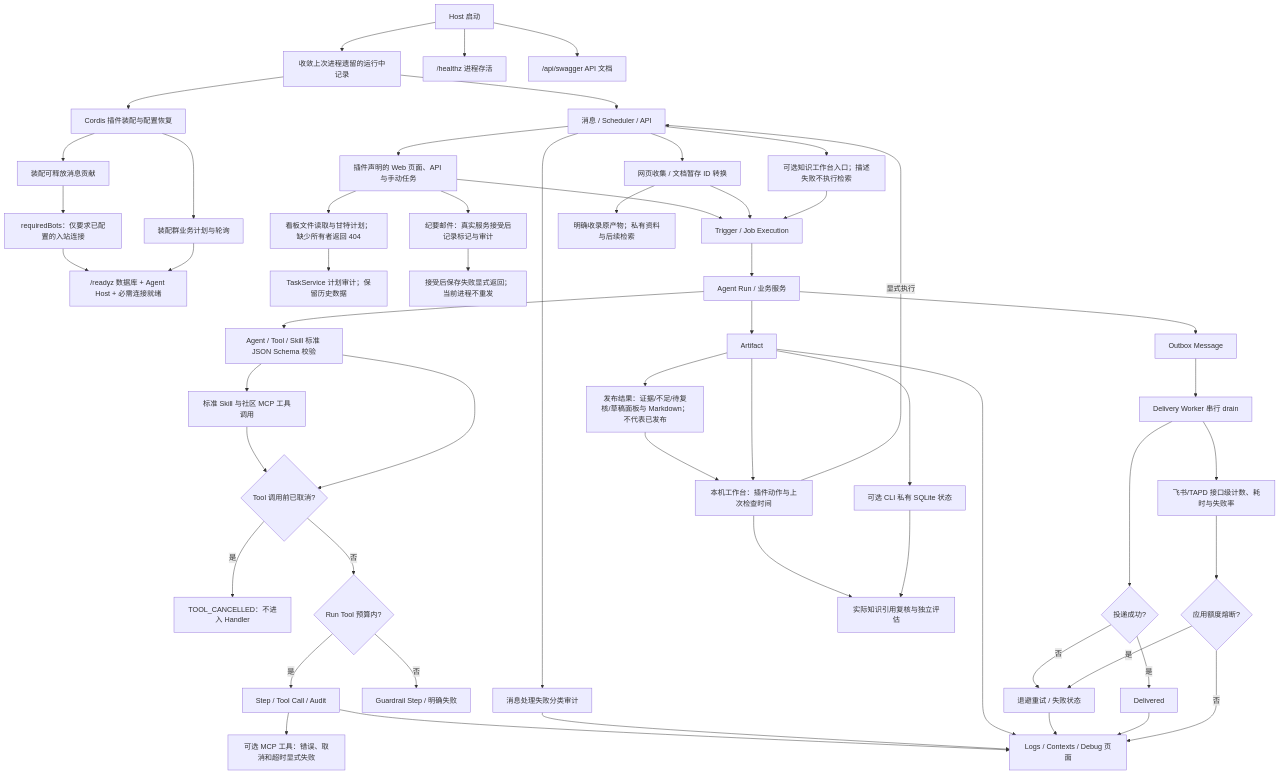
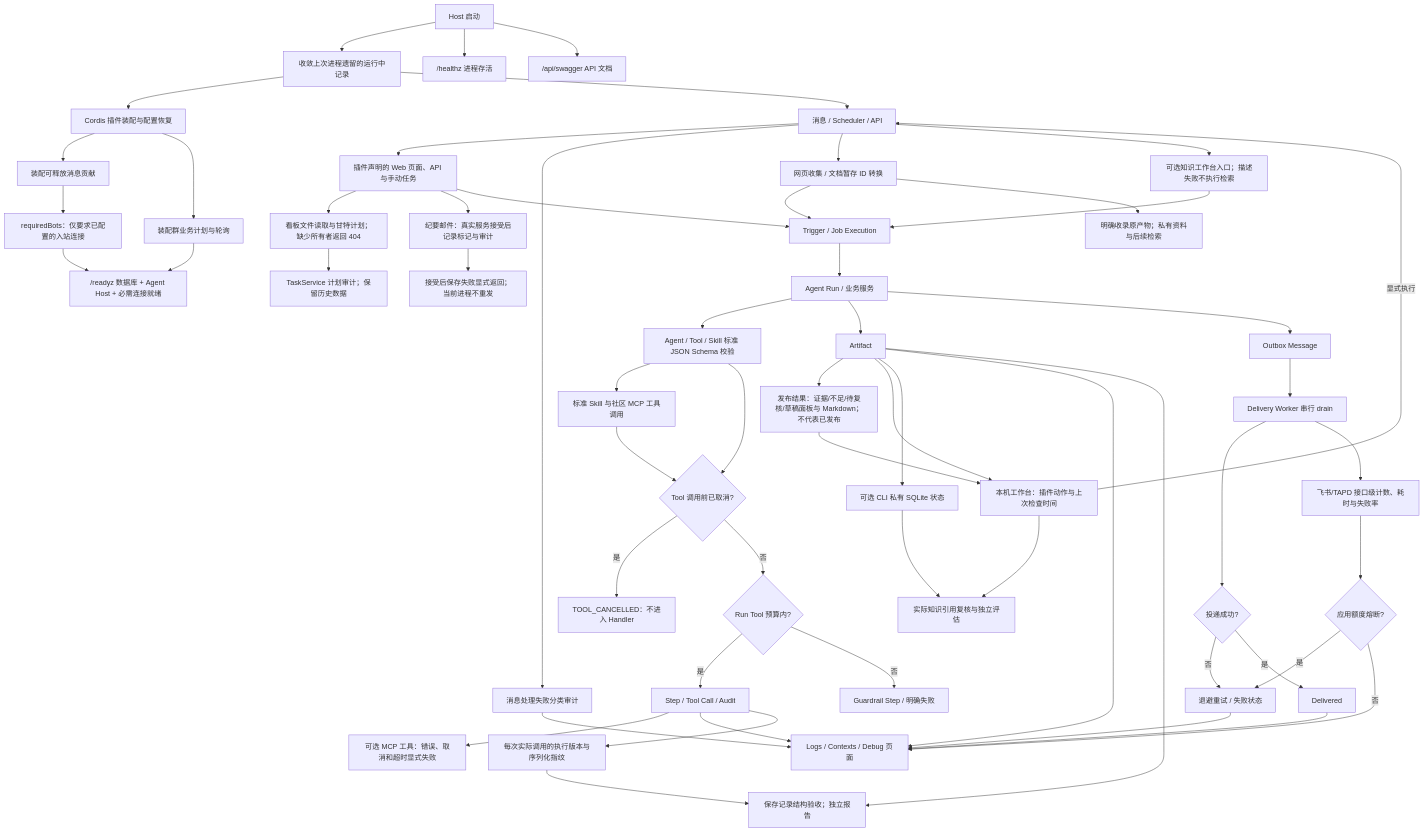
Before and after one commit to KlayPeter/AI-Delivery-Ops-Agent: the diagram in backend/src/platform/runtime/FEATURE.md, drawn with Mermaid. The commit also changed other lines of this file and 27 other files, not shown here.

````diff
--- a/backend/src/platform/runtime/FEATURE.md
+++ b/backend/src/platform/runtime/FEATURE.md
@@ -21,57 +21,60 @@
 ```mermaid
 flowchart TD
     R["Host 启动"] --> S["收敛上次进程遗留的运行中记录"]
     R --> Q["/healthz 进程存活"]
     R --> OAPI["/api/swagger API 文档"]
     S --> P["Cordis 插件装配与配置恢复"]
     P --> MR["装配可释放消息贡献"]
     MR --> BC["requiredBots：仅要求已配置的入站连接"]
     BC --> Z["/readyz 数据库 + Agent Host + 必需连接就绪"]
     P --> SJ[装配群业务计划与轮询]
     SJ --> Z
     S --> A["消息 / Scheduler / API"]
     A --> WOWN[插件声明的 Web 页面、API 与手动任务]
     WOWN --> PV[看板文件读取与甘特计划；缺少所有者返回 404]
     PV --> PA[TaskService 计划审计；保留历史数据]
     WOWN --> EMAIL[纪要邮件：真实服务接受后记录标记与审计]
     EMAIL --> UNCERTAIN[接受后保存失败显式返回；当前进程不重发]
     WOWN --> B["Trigger / Job Execution"]
     B --> C["Agent Run / 业务服务"]
     C --> SC[Agent / Tool / Skill 标准 JSON Schema 校验]
     SC --> C7[标准 Skill 与社区 MCP 工具调用]
     C7 --> TC
     SC --> TC{"Tool 调用前已取消?"}
     D --> MCP[可选 MCP 工具：错误、取消和超时显式失败]
     TC -- 是 --> TR["TOOL_CANCELLED：不进入 Handler"]
     TC -- 否 --> L{"Run Tool 预算内?"}
     L -- 是 --> D["Step / Tool Call / Audit"]
     L -- 否 --> M["Guardrail Step / 明确失败"]
     C --> E["Artifact"]
     C --> F["Outbox Message"]
     F --> G["Delivery Worker 串行 drain"]
     G --> H{"投递成功?"}
     H -- 否 --> I["退避重试 / 失败状态"]
     H -- 是 --> J["Delivered"]
     D --> K["Logs / Contexts / Debug 页面"]
     A --> X["消息处理失败分类审计"]
     X --> K
     A --> COL[网页收集 / 文档暂存 ID 转换]
     COL --> B
     A --> KW[可选知识工作台入口；描述失败不执行检索]
     KW --> B
     E --> RELEASE[发布结果：证据/不足/待复核/草稿面板与 Markdown；不代表已发布]
     RELEASE --> WA
     E --> WA[本机工作台：插件动作与上次检查时间]
     WA -- 显式执行 --> A
     WA --> IC
     E --> KS[可选 CLI 私有 SQLite 状态]
     KS --> IC[实际知识引用复核与独立评估]
     E --> K
     I --> K
     J --> K
     G --> Y["飞书/TAPD 接口级计数、耗时与失败率"]
     Y --> Z1{"应用额度熔断?"}
     Z1 -- "是" --> I
     Z1 -- "否" --> K
     COL --> KLIB[明确收录原产物；私有资料与后续检索]
+    D --> QVS[每次实际调用的执行版本与序列化指纹]
+    QVS --> QCR[保存记录结构验收；独立报告]
+    E --> QCR
 ```
````
